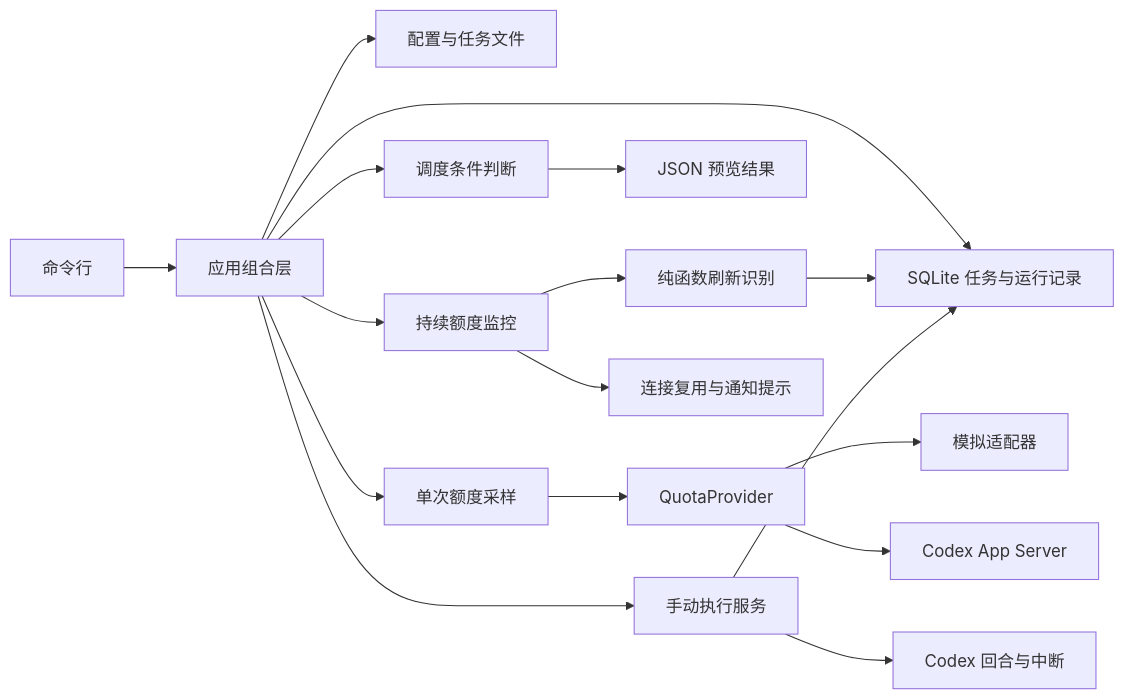
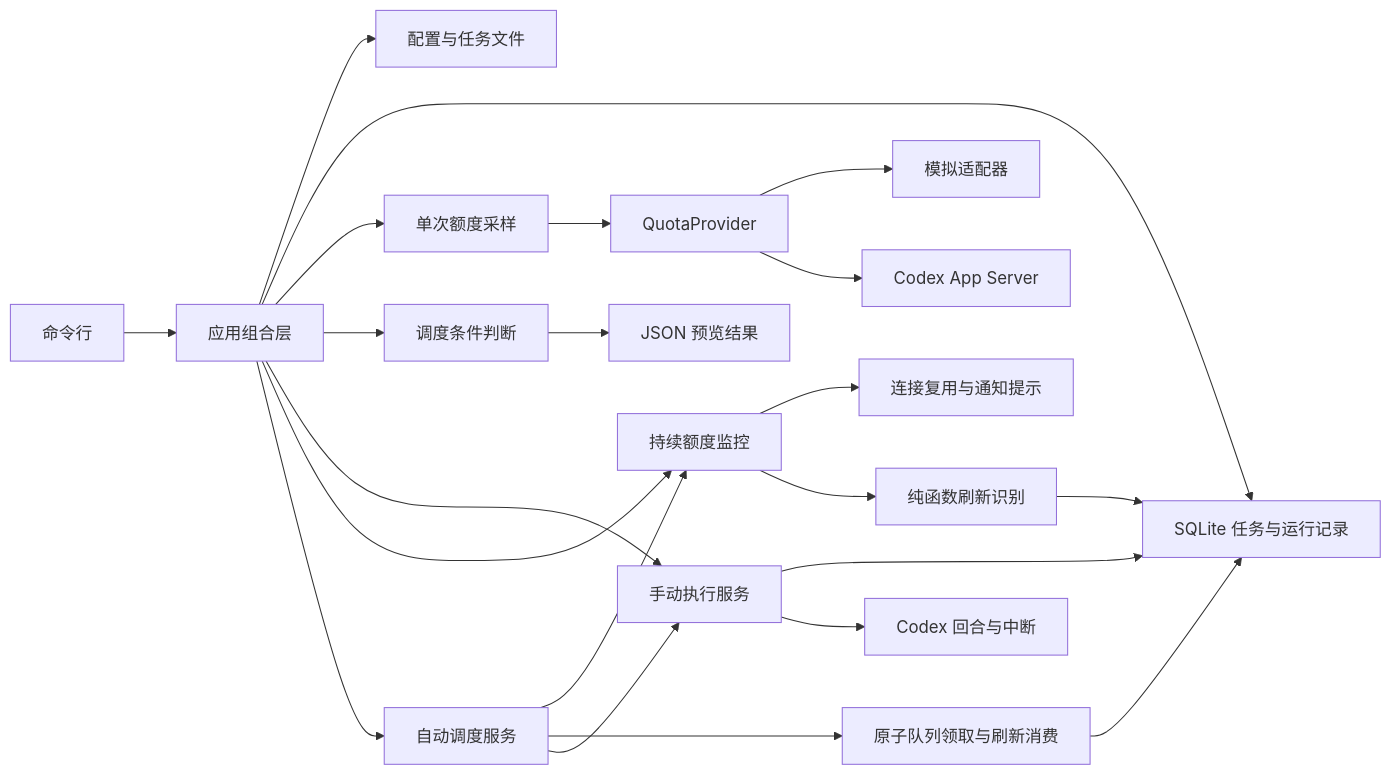
The diagram in docs/ARCHITECTURE.md (AiruoChen/codex-quota-scheduler), drawn with Mermaid before and after one commit. The commit also changed other lines of this file and 22 other files, not shown here.

````diff
--- a/docs/ARCHITECTURE.md
+++ b/docs/ARCHITECTURE.md
@@ -10,19 +10,24 @@
 ```mermaid
 flowchart LR
   CLI[命令行] --> App[应用组合层]
   App --> Config[配置与任务文件]
   App --> Store[SQLite 任务与运行记录]
   App --> Monitor[单次额度采样]
   Monitor --> Provider[QuotaProvider]
   Provider --> Mock[模拟适配器]
   Provider --> Codex[Codex App Server]
   App --> Policy[调度条件判断]
   Policy --> Preview[JSON 预览结果]
   App --> Manual[手动执行服务]
   App --> Watch[持续额度监控]
   Watch --> Feed[连接复用与通知提示]
   Watch --> Recognize[纯函数刷新识别]
   Recognize --> Store
+  App --> Scheduler[自动调度服务]
+  Scheduler --> Watch
+  Scheduler --> Queue[原子队列领取与刷新消费]
+  Queue --> Store
+  Scheduler --> Manual
   Manual --> Store
   Manual --> Turn[Codex 回合与中断]
 ```
````
